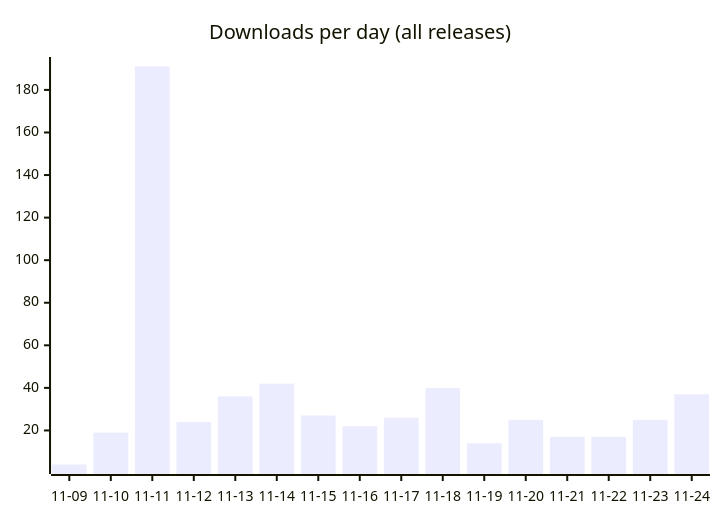
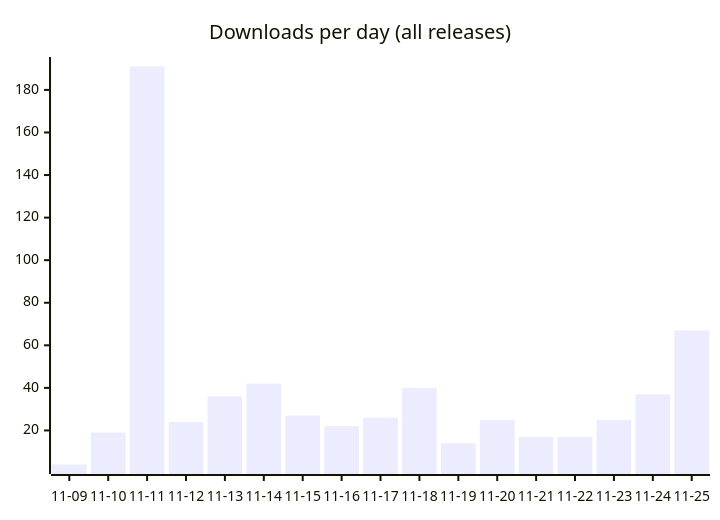
The first of 2 diagrams in README.md (fmadore/Live-translation), drawn with Mermaid before and after one commit. The commit also changed other lines of this file and 3 other files, not shown here.

````diff
--- a/README.md
+++ b/README.md
@@ -57,6 +58,6 @@
 ```mermaid
 xychart-beta
     title "Downloads per day (all releases)"
-    x-axis ["11-09", "11-10", "11-11", "11-12", "11-13", "11-14", "11-15", "11-16", "11-17", "11-18", "11-19", "11-20", "11-21", "11-22", "11-23", "11-24"]
-    bar [4, 19, 191, 24, 36, 42, 27, 22, 26, 40, 14, 25, 17, 17, 25, 37]
+    x-axis ["11-09", "11-10", "11-11", "11-12", "11-13", "11-14", "11-15", "11-16", "11-17", "11-18", "11-19", "11-20", "11-21", "11-22", "11-23", "11-24", "11-25"]
+    bar [4, 19, 191, 24, 36, 42, 27, 22, 26, 40, 14, 25, 17, 17, 25, 37, 67]
 ```
````
